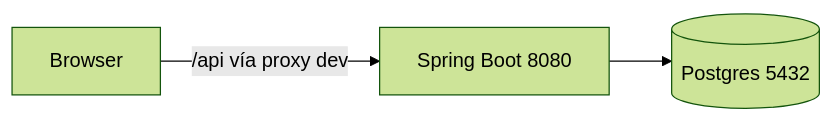
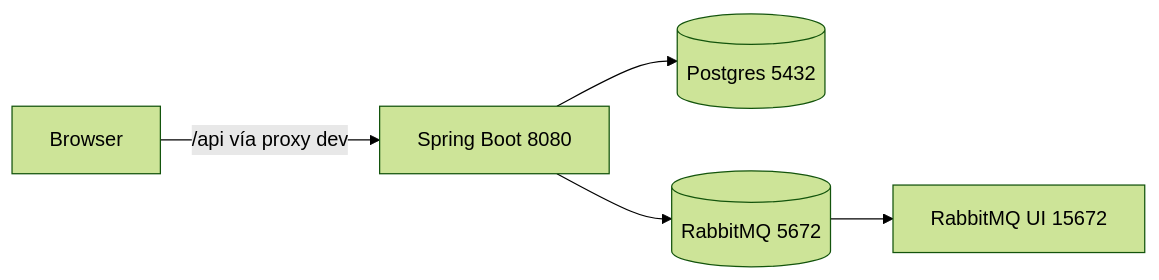
Before and after one commit to LaraCarvalho00/sistema-moeda-estudantil: the second of 3 diagrams in README.md, drawn with Mermaid (forest theme). The commit also changed other lines of this file and 32 other files, not shown here.

````diff
--- a/README.md
+++ b/README.md
@@ -94,5 +102,7 @@
 ```mermaid
 flowchart LR
   B[Browser] -->|"/api vía proxy dev"| S[Spring Boot 8080]
   S --> PG[(Postgres 5432)]
+  S --> MQ[(RabbitMQ 5672)]
+  MQ --> RUI[RabbitMQ UI 15672]
 ```
````
